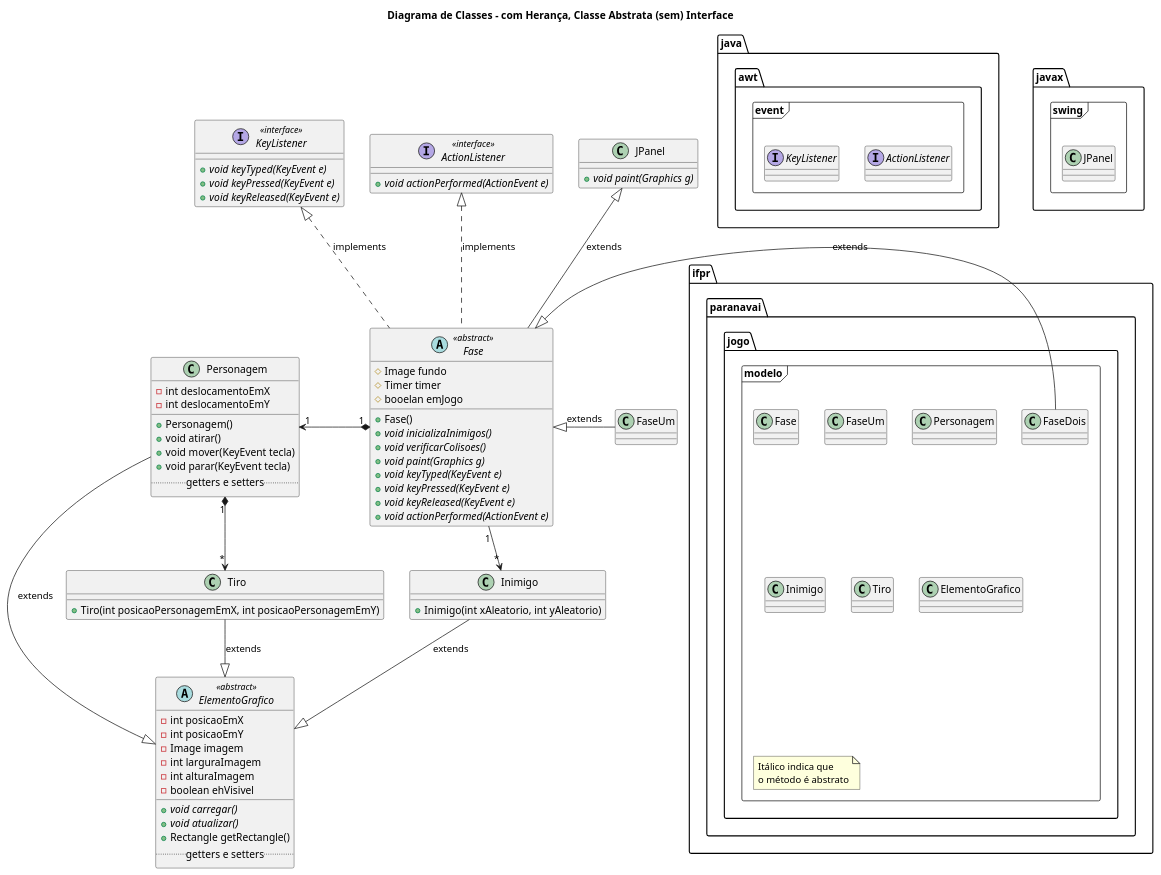
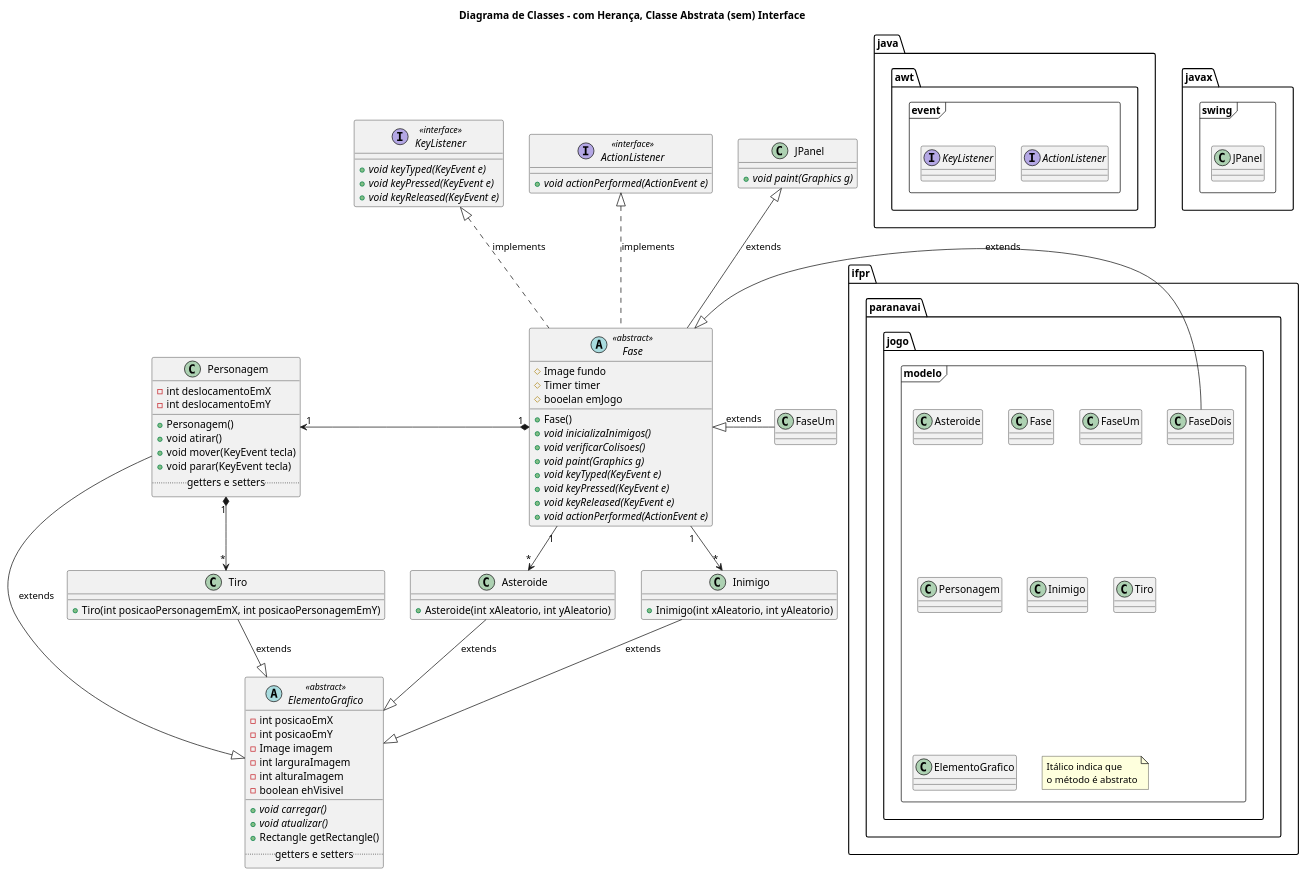
The diagram in uml/diagrama-classe.puml (terenciani/jogo-2d-ifpr-2023), drawn with PlantUML before and after one commit. The commit also changed 2 other files, not shown here.

Commit message:
Capítulo 22: Criação da classe Asteroide

```diff
--- a/uml/diagrama-classe.puml
+++ b/uml/diagrama-classe.puml
@@ -1,106 +1,114 @@
 @startuml
 
 title Diagrama de Classes - com Herança, Classe Abstrata (sem) Interface
 
 package ifpr.paranavai.jogo.modelo <<Frame>> {
+    class Asteroide
     class Fase
     class FaseUm
     class FaseDois
     class Personagem
     class Inimigo
     class Tiro
     class ElementoGrafico
     note "Itálico indica que\no método é abstrato" as N1
 }
 
 package java.awt.event <<Frame>> {
     interface ActionListener
     interface KeyListener
 }
 
 
 package javax.swing <<Frame>> {
   class JPanel
+}
+
+class Asteroide{
+    +Asteroide(int xAleatorio, int yAleatorio)
 }
 
 abstract class ElementoGrafico <<abstract>> {
     -int posicaoEmX
     -int posicaoEmY
     -Image imagem
     -int larguraImagem
     -int alturaImagem 
     -boolean ehVisivel
     __
     +{abstract} void carregar()
     +{abstract} void atualizar()
     +Rectangle getRectangle()
     .. getters e setters ..
 }
 
 abstract class Fase <<abstract>>{
     #Image fundo
     #Timer timer
     #booelan emJogo
     +Fase()
     +{abstract} void inicializaInimigos()    
     +{abstract} void verificarColisoes()
     +{abstract} void paint(Graphics g)
     +{abstract} void keyTyped(KeyEvent e)
     +{abstract} void keyPressed(KeyEvent e)
     +{abstract} void keyReleased(KeyEvent e)
     +{abstract} void actionPerformed(ActionEvent e)
 }
 
 class Personagem{
     -int deslocamentoEmX
     -int deslocamentoEmY
     __
     +Personagem()
     +void atirar()
     +void mover(KeyEvent tecla)
     +void parar(KeyEvent tecla)
     .. getters e setters ..
 }
 
 class Inimigo{
     +Inimigo(int xAleatorio, int yAleatorio)
 }
 
 class Tiro {
     +Tiro(int posicaoPersonagemEmX, int posicaoPersonagemEmY)
 }
 
 class FaseUm {    
     
 }
 
 class JPanel{
     +{abstract} void paint(Graphics g)
 }
 interface ActionListener <<interface>> {
     +{abstract} void actionPerformed(ActionEvent e)
 }
 
 interface KeyListener <<interface>> {
     +{abstract} void keyTyped(KeyEvent e)
     +{abstract} void keyPressed(KeyEvent e)
     +{abstract} void keyReleased(KeyEvent e)
 }
 
 Fase -up-|> JPanel: extends
 Fase -up.|> ActionListener: implements
 Fase -up.|> KeyListener: implements
 FaseUm -left-|> Fase: extends
 FaseDois -left-|> Fase: extends
 
 
 Fase "1" *-left-> "1" Personagem
 Inimigo "*" <-up- "1" Fase
+Asteroide "*" <-up- "1" Fase
 
 Personagem "1" *--> "*" Tiro
 Personagem --|> ElementoGrafico: extends
 
 Tiro --|> ElementoGrafico: extends
 
 Inimigo --|> ElementoGrafico: extends
+
+Asteroide --|> ElementoGrafico: extends
 @enduml
```
